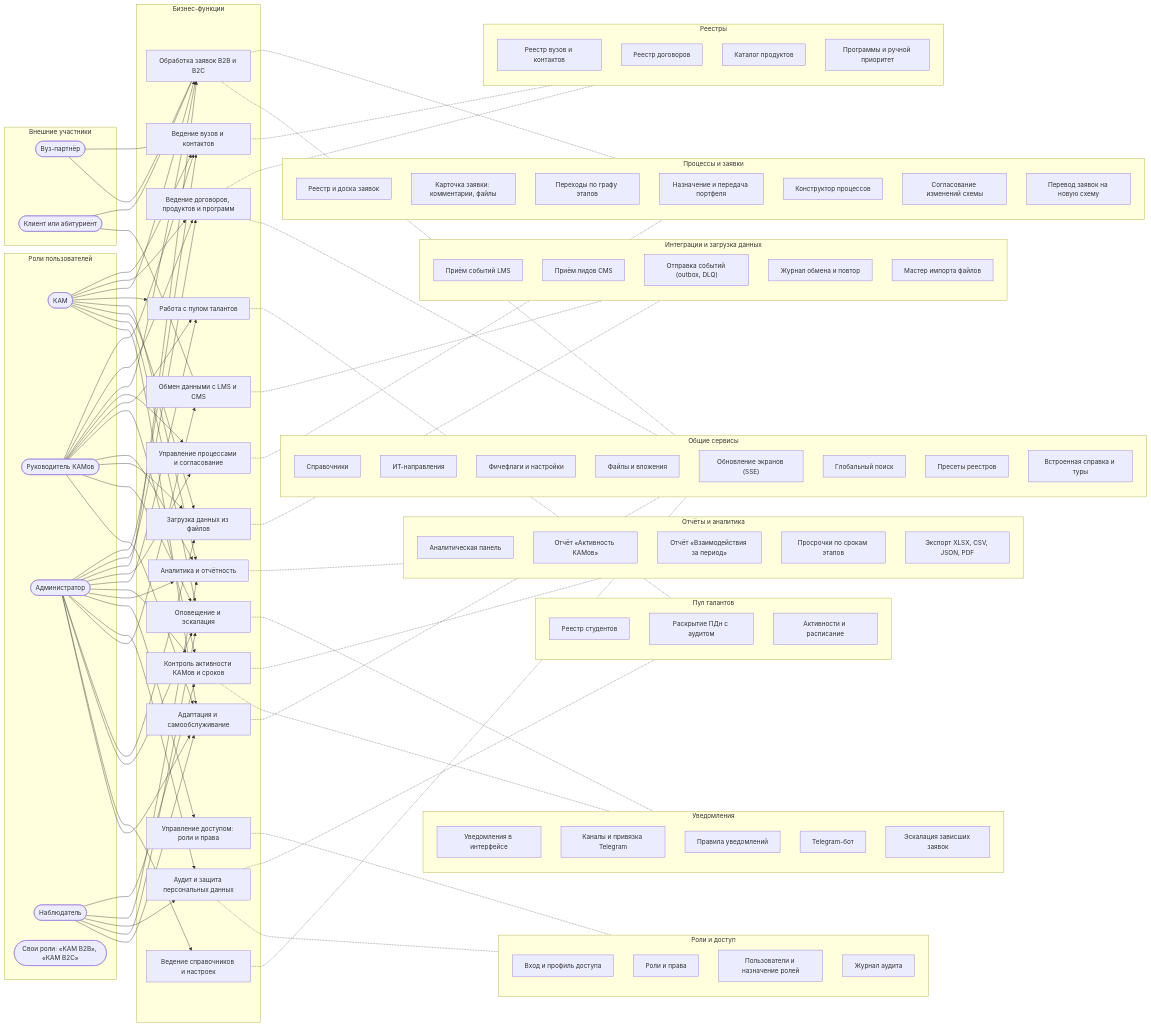
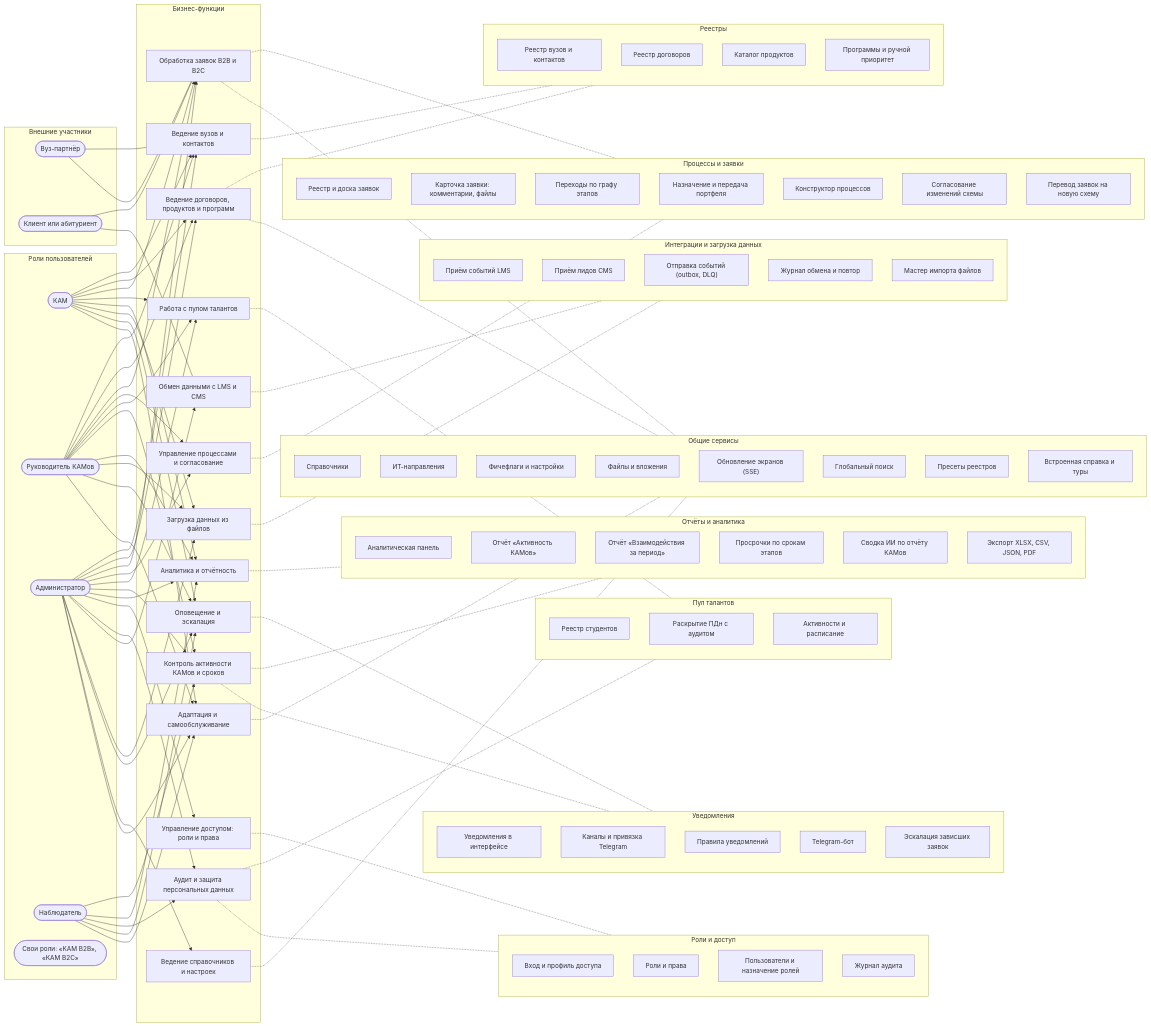
The first of 2 diagrams in docs/architecture/archi/README.md (ilya2108/Collabse-LCT-Alma), drawn with Mermaid before and after one commit. The commit also changed other lines of this file and 136 other files, not shown here.

```diff
--- a/docs/architecture/archi/README.md
+++ b/docs/architecture/archi/README.md
@@ -189,6 +190,7 @@
         svc_kam_activity["Отчёт «Активность КАМов»"]
         svc_interactions["Отчёт «Взаимодействия за период»"]
         svc_sla["Просрочки по срокам этапов"]
+        svc_ai_summary["Сводка ИИ по отчёту КАМов"]
         svc_export["Экспорт XLSX, CSV, JSON, PDF"]
     end
     subgraph grp_svc_access["Роли и доступ"]
```
